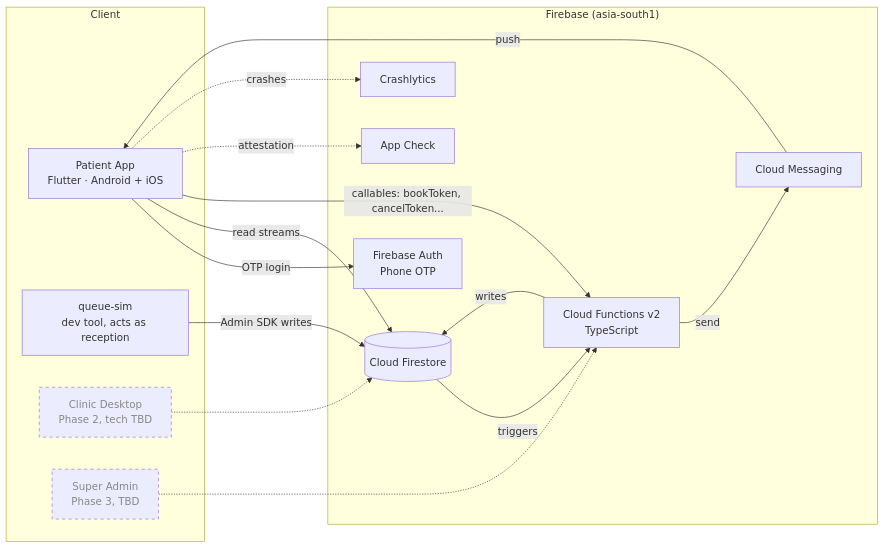
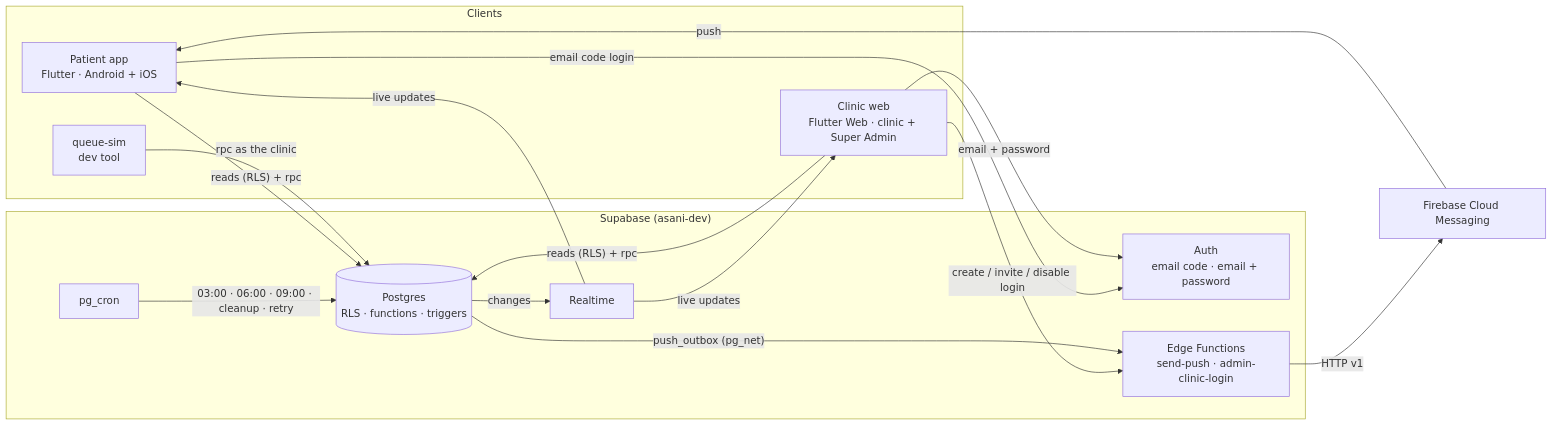
The diagram in ARCHITECTURE.md (sarbuland-dev/Asani_App), drawn with Mermaid before and after one commit. The commit also changed other lines of this file and 15 other files, not shown here.

First line of the commit message:
Supabase phase 8 (part 1): queue-sim on Supabase, CI, docs rewritten (D-52)

````diff
--- a/ARCHITECTURE.md
+++ b/ARCHITECTURE.md
@@ -7,33 +10,30 @@
 ```mermaid
 flowchart LR
-    subgraph Client
-        PA[Patient App<br/>Flutter · Android + iOS]
-        QS[queue-sim<br/>dev tool, acts as reception]
-        CD[Clinic Desktop<br/>Phase 2, tech TBD]:::future
-        SA[Super Admin<br/>Phase 3, TBD]:::future
+    subgraph Clients
+        PA[Patient app<br/>Flutter · Android + iOS]
+        CW[Clinic web<br/>Flutter Web · clinic + Super Admin]
+        QS[queue-sim<br/>dev tool]
     end
+    subgraph Supabase["Supabase (asani-dev)"]
+        AUTH[Auth<br/>email code · email + password]
+        DB[(Postgres<br/>RLS · functions · triggers)]
+        RT[Realtime]
+        CRON[pg_cron]
+        EF[Edge Functions<br/>send-push · admin-clinic-login]
+    end
+    FCM[Firebase Cloud Messaging]
 
-    subgraph Firebase["Firebase (asia-south1)"]
-        AUTH[Firebase Auth<br/>Phone OTP]
-        FS[(Cloud Firestore)]
-        CF[Cloud Functions v2<br/>TypeScript]
-        FCM[Cloud Messaging]
-        AC[App Check]
-        CR[Crashlytics]
-    end
-
-    PA -- OTP login --> AUTH
-    PA -- read streams --> FS
-    PA -- callables: bookToken, cancelToken... --> CF
-    PA -. attestation .-> AC
-    PA -. crashes .-> CR
-    QS -- Admin SDK writes --> FS
-    CD -.-> FS
-    SA -.-> CF
-    FS -- triggers --> CF
-    CF -- writes --> FS
-    CF -- send --> FCM
+    PA -- email code login --> AUTH
+    CW -- email + password --> AUTH
+    PA -- reads (RLS) + rpc --> DB
+    CW -- reads (RLS) + rpc --> DB
+    CW -- create / invite / disable login --> EF
+    QS -- rpc as the clinic --> DB
+    DB -- changes --> RT
+    RT -- live updates --> PA
+    RT -- live updates --> CW
+    CRON -- 03:00 · 06:00 · 09:00 · cleanup · retry --> DB
+    DB -- push_outbox (pg_net) --> EF
+    EF -- HTTP v1 --> FCM
     FCM -- push --> PA
-
-    classDef future stroke-dasharray: 5 5,color:#888;
 ```
````
